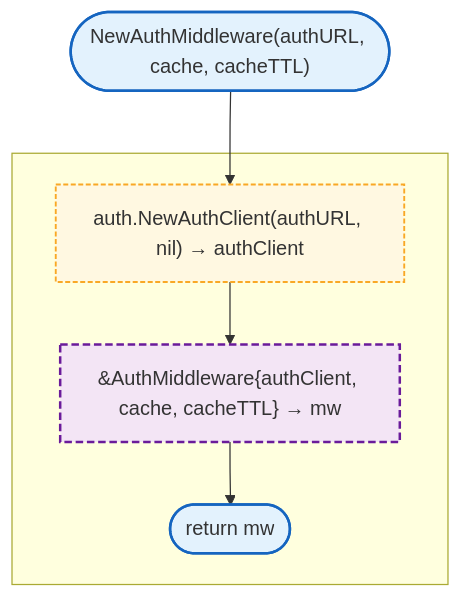
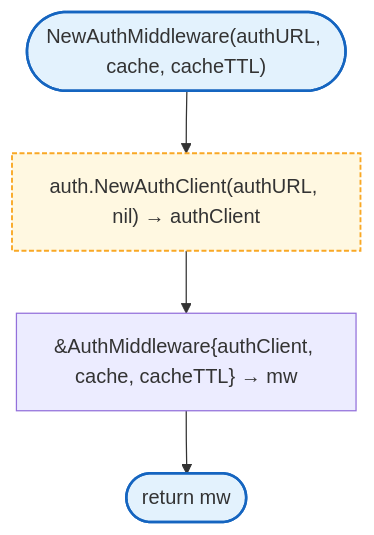
Before and after one commit to radch-ai/ava: the first of 10 diagrams in docs/internal/server/README.md, drawn with Mermaid. The commit also changed other lines of this file, not shown here.

````diff
--- a/docs/internal/server/README.md
+++ b/docs/internal/server/README.md
@@ -208,19 +91,14 @@
 ```mermaid
 flowchart TB
     Start(["NewAuthMiddleware(authURL, cache, cacheTTL)"]) --> NewAuth["auth.NewAuthClient(authURL, nil) → authClient"]
+    NewAuth --> CreateMW["&AuthMiddleware{authClient, cache, cacheTTL} → mw"]
+    CreateMW --> Done(["return mw"])
 
-    subgraph SGCreateMW [" "]
-        NewAuth --> CreateMW["&AuthMiddleware{authClient, cache, cacheTTL} → mw"]
-        CreateMW --> Done(["return mw"])
-    end
-
-    click NewAuth href "../auth.md#NewAuthClient"
+    click NewAuth href "../auth/README.md#NewAuthClient"
 
     classDef mainFn fill:#e3f2fd,stroke:#1565c0,stroke-width:2px
-    classDef internalFn fill:#f3e5f5,stroke:#6a1b9a,stroke-width:2px,stroke-dasharray:6 3
     classDef localPkgs fill:#fff8e1,stroke:#f9a825,stroke-width:1.5px,stroke-dasharray:4 2
 
     class Start,Done mainFn
     class NewAuth localPkgs
-    class CreateMW internalFn
 ```
````
